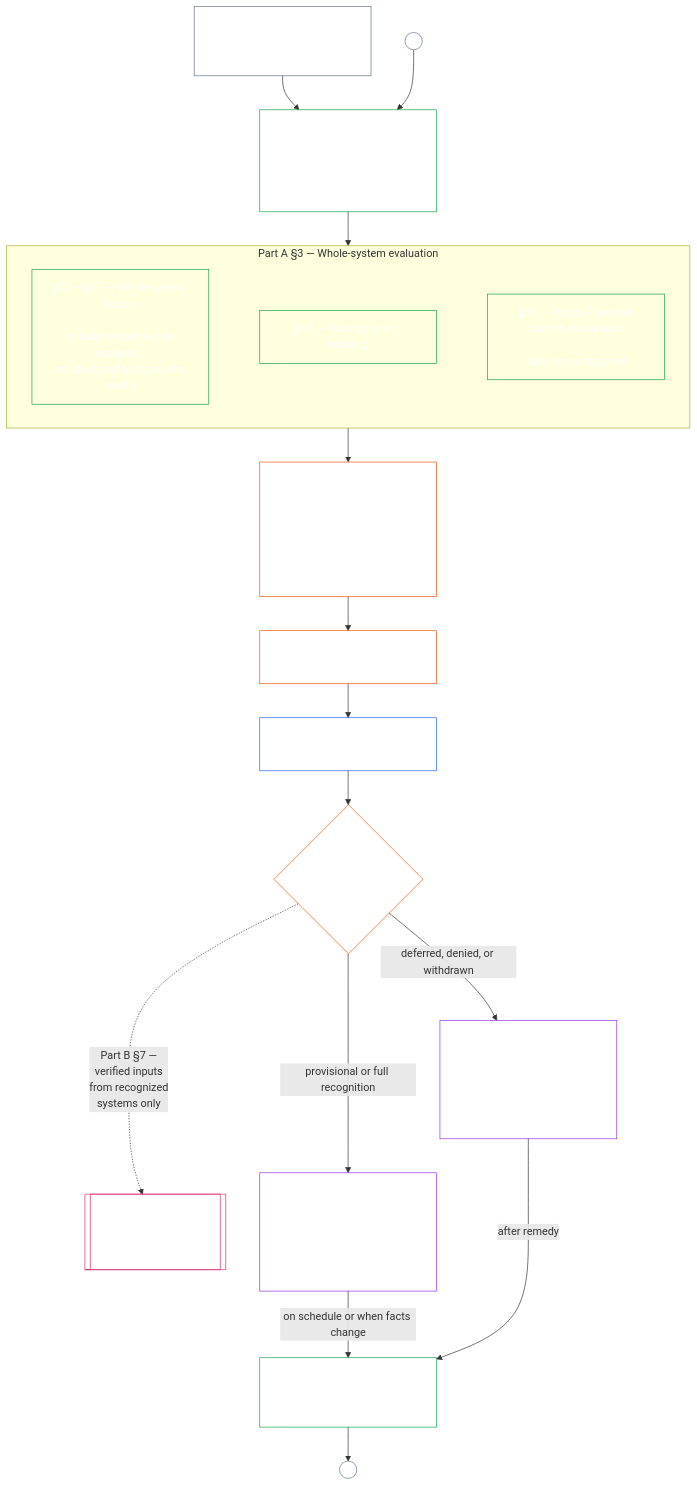
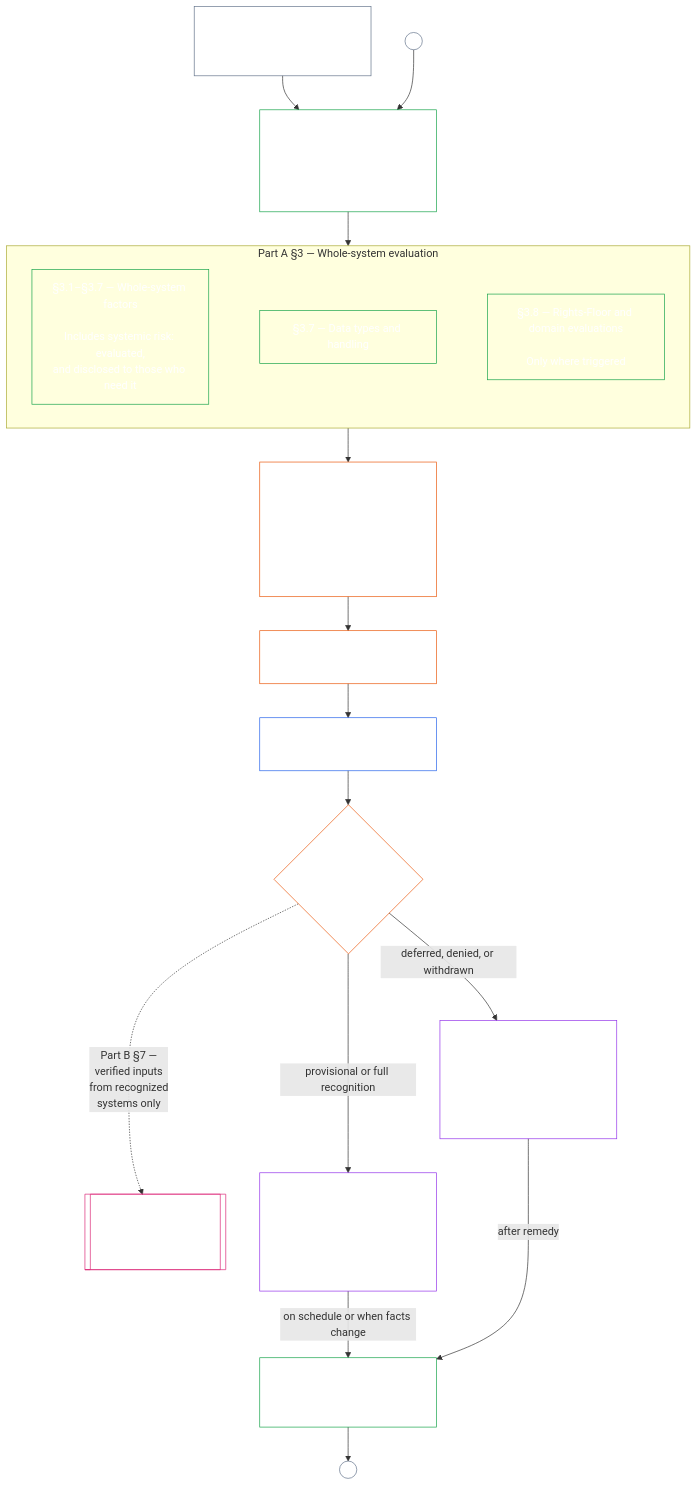
One commit to kfoelsch/Sentient_Constitution changed the diagram in core_08_a_system_alignment_certification_evaluation.md. Above: the diagram before and after it, drawn with Mermaid. The commit also changed other lines of this file and 77 other files, not shown here.

````diff
--- a/core_08_a_system_alignment_certification_evaluation.md
+++ b/core_08_a_system_alignment_certification_evaluation.md
@@ -68,51 +68,51 @@
 ```mermaid
 flowchart TB
     T["System with material impact seeks recognition,<br/>or reliance on it grows"]
     C["Part A §2 — Classify honestly<br/><br/>Class sets depth and re-check schedule"]
     subgraph W["Part A §3 — Whole-system evaluation"]
         direction LR
         Rk["§3.1–§3.7 — Whole-system factors<br/><br/>Includes systemic risk: evaluated,<br/>and disclosed to those who need it"]
-        D["§3.8 — Data types and handling"]
-        R["§3.9 — Rights-Floor and domain evaluations<br/><br/>Only where triggered"]
+        D["§3.7 — Data types and handling"]
+        R["§3.8 — Rights-Floor and domain evaluations<br/><br/>Only where triggered"]
         Rk ~~~ D ~~~ R
     end
     F["Part B §5.1–§5.2 — Forum component findings"]
     Rec["Part B §4 — One System Certification Record"]
     S[["Chapter Nine — Standing<br/>records<br/><br/>Outside this chapter"]]
     O{"Part B §6.1 — Outcome"}
     Ch["Part B §5.3 — Published challenge path<br/><br/>Open and named in the record before sign-off;<br/>a credible challenge reopens review at §6.2"]
     U["Reliance within stated limits<br/><br/>Provisional: shorter recertification clock<br/>Full: longer clock, earned only by clean recertification"]
     X["Remedy the defects<br/><br/>Response runs on the Chapter Twelve tier clocks<br/>Next recognition is provisional"]
     Re["Part B §6.2 — Recertification, reopening,<br/>or fresh review"]
     T --> C
     A1((A)) --> C
     C --> W
     W --> Ch
     Ch --> F
     F --> Rec
     Rec --> O
     O -..->|Part B §7 —<br/>verified inputs<br/>from recognized<br/>systems only| S
     O -->|provisional or full recognition| U
     O -->|deferred, denied, or withdrawn| X
     S ~~~ Re
     Rec ~~~ S
     Rec ~~~ X
     U -->|on schedule or when facts change| Re
     X -->|after remedy| Re
     Re --> A2((A))
     style T fill:none,stroke:#64748b,color:#ffffff
     style C fill:none,stroke:#16a34a,color:#ffffff
     style Rk fill:none,stroke:#16a34a,color:#ffffff
     style D fill:none,stroke:#16a34a,color:#ffffff
     style R fill:none,stroke:#16a34a,color:#ffffff
     style F fill:none,stroke:#ea580c,color:#ffffff
     style Rec fill:none,stroke:#2563eb,color:#ffffff
     style S fill:none,stroke:#db2777,color:#ffffff
     style O fill:none,stroke:#ea580c,color:#ffffff
     style Ch fill:none,stroke:#ea580c,color:#ffffff
     style U fill:none,stroke:#9333ea,color:#ffffff
     style X fill:none,stroke:#9333ea,color:#ffffff
     style Re fill:none,stroke:#16a34a,color:#ffffff
     style A1 fill:none,stroke:#64748b,color:#ffffff
     style A2 fill:none,stroke:#64748b,color:#ffffff
 ```
````
